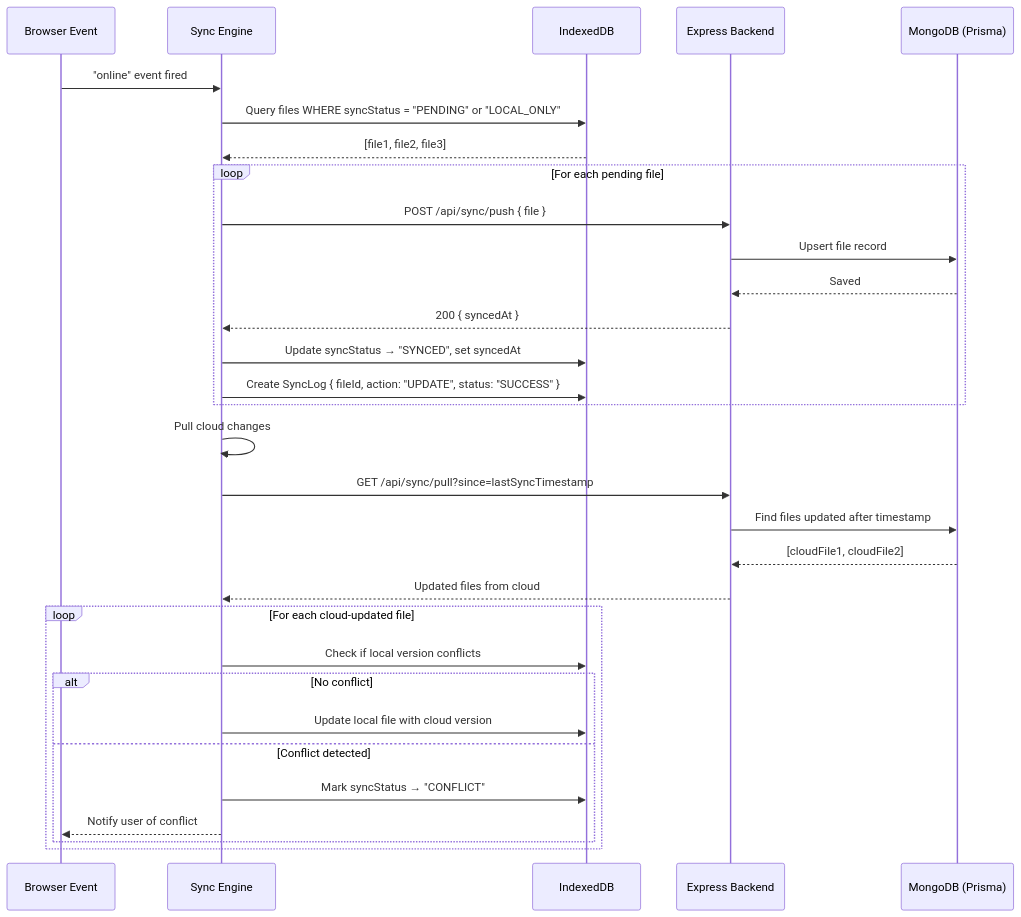
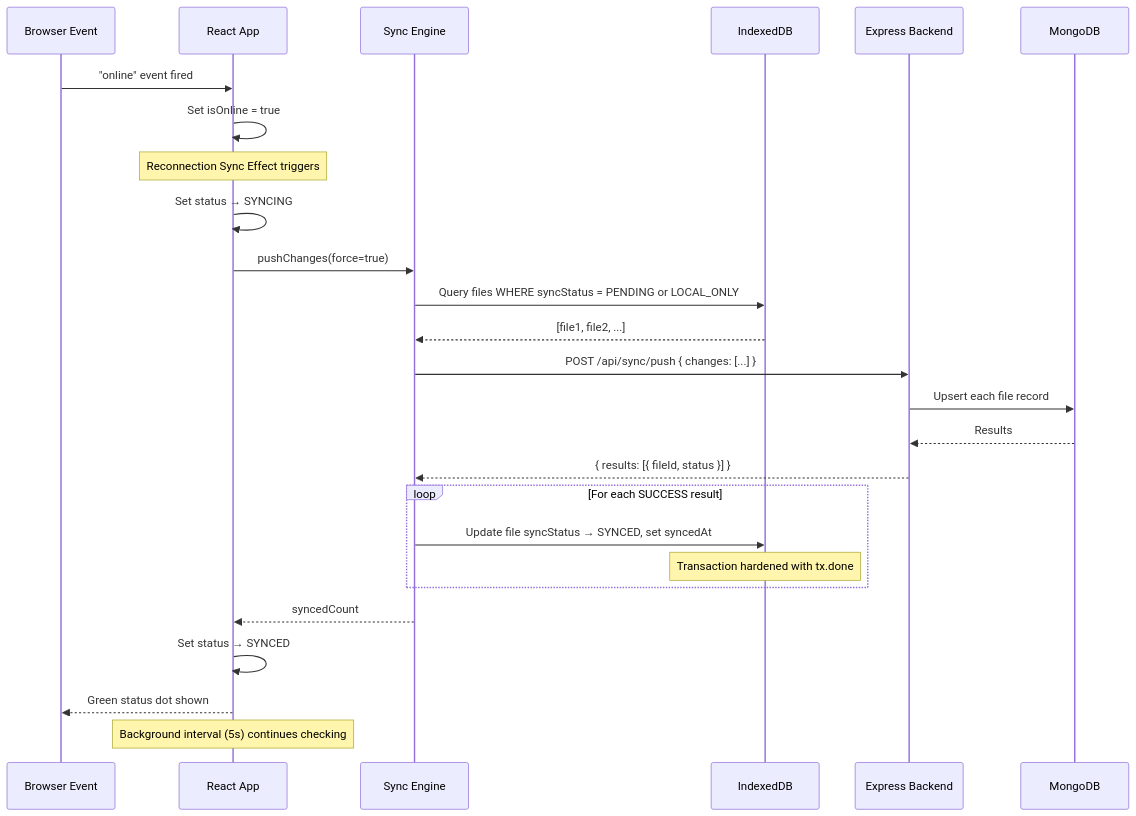
One commit to codervipul775/Safar changed the sixth of 10 diagrams in sequenceDiagram.md. Above: the diagram before and after it, drawn with Mermaid. The commit also changed other lines of this file and 3 other files, not shown here.

Commit message:
docs: update sequence diagrams to reflect authentication, file management, and synchronization workflows

````diff
--- a/sequenceDiagram.md
+++ b/sequenceDiagram.md
@@ -114,37 +155,34 @@
 ```mermaid
 sequenceDiagram
     participant Browser as Browser Event
+    participant UI as React App
     participant SE as Sync Engine
     participant IDB as IndexedDB
     participant API as Express Backend
-    participant DB as MongoDB (Prisma)
+    participant Cloud as MongoDB
 
-    Browser->>SE: "online" event fired
-    SE->>IDB: Query files WHERE syncStatus = "PENDING" or "LOCAL_ONLY"
-    IDB-->>SE: [file1, file2, file3]
+    Browser->>UI: "online" event fired
+    UI->>UI: Set isOnline = true
 
-    loop For each pending file
-        SE->>API: POST /api/sync/push { file }
-        API->>DB: Upsert file record
-        DB-->>API: Saved
-        API-->>SE: 200 { syncedAt }
-        SE->>IDB: Update syncStatus → "SYNCED", set syncedAt
-        SE->>IDB: Create SyncLog { fileId, action: "UPDATE", status: "SUCCESS" }
+    Note over UI: Reconnection Sync Effect triggers
+    UI->>UI: Set status → SYNCING
+    UI->>SE: pushChanges(force=true)
+    SE->>IDB: Query files WHERE syncStatus = PENDING or LOCAL_ONLY
+    IDB-->>SE: [file1, file2, ...]
+
+    SE->>API: POST /api/sync/push { changes: [...] }
+    API->>Cloud: Upsert each file record
+    Cloud-->>API: Results
+    API-->>SE: { results: [{ fileId, status }] }
+
+    loop For each SUCCESS result
+        SE->>IDB: Update file syncStatus → SYNCED, set syncedAt
+        Note over IDB: Transaction hardened with tx.done
     end
 
-    SE->>SE: Pull cloud changes
-    SE->>API: GET /api/sync/pull?since=lastSyncTimestamp
-    API->>DB: Find files updated after timestamp
-    DB-->>API: [cloudFile1, cloudFile2]
-    API-->>SE: Updated files from cloud
+    SE-->>UI: syncedCount
+    UI->>UI: Set status → SYNCED
+    UI-->>Browser: Green status dot shown
 
-    loop For each cloud-updated file
-        SE->>IDB: Check if local version conflicts
-        alt No conflict
-            SE->>IDB: Update local file with cloud version
-        else Conflict detected
-            SE->>IDB: Mark syncStatus → "CONFLICT"
-            SE-->>Browser: Notify user of conflict
-        end
-    end
+    Note over UI: Background interval (5s) continues checking
 ```
````
